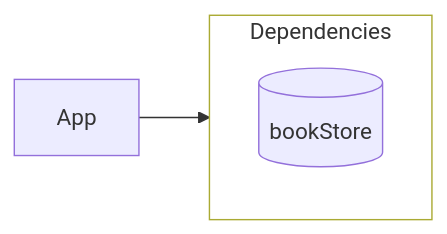
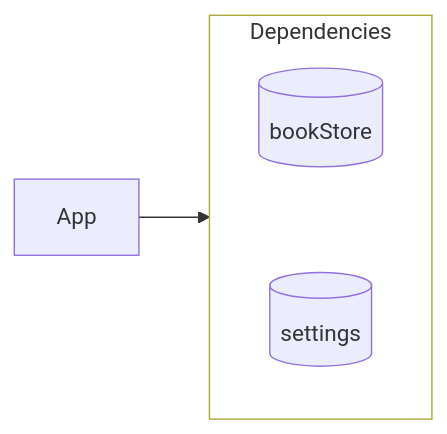
Before and after one commit to sisoje/hypermodular: the second of 3 diagrams in hypermodular/scripts/fixtures/clean/APP-MAP.md, drawn with Mermaid. The commit also changed other lines of this file and 44 other files, not shown here.

````diff
--- a/hypermodular/scripts/fixtures/clean/APP-MAP.md
+++ b/hypermodular/scripts/fixtures/clean/APP-MAP.md
@@ -12,11 +12,13 @@
 ```mermaid
 %% Root: App · Dependencies
 flowchart LR
     subgraph Dependencies
         direction TB
         bookStore[(bookStore)]
+        settings[(settings)]
+        bookStore ~~~ settings
     end
     App --> Dependencies
     classDef deps fill:none
     class Dependencies deps
 ```
````
